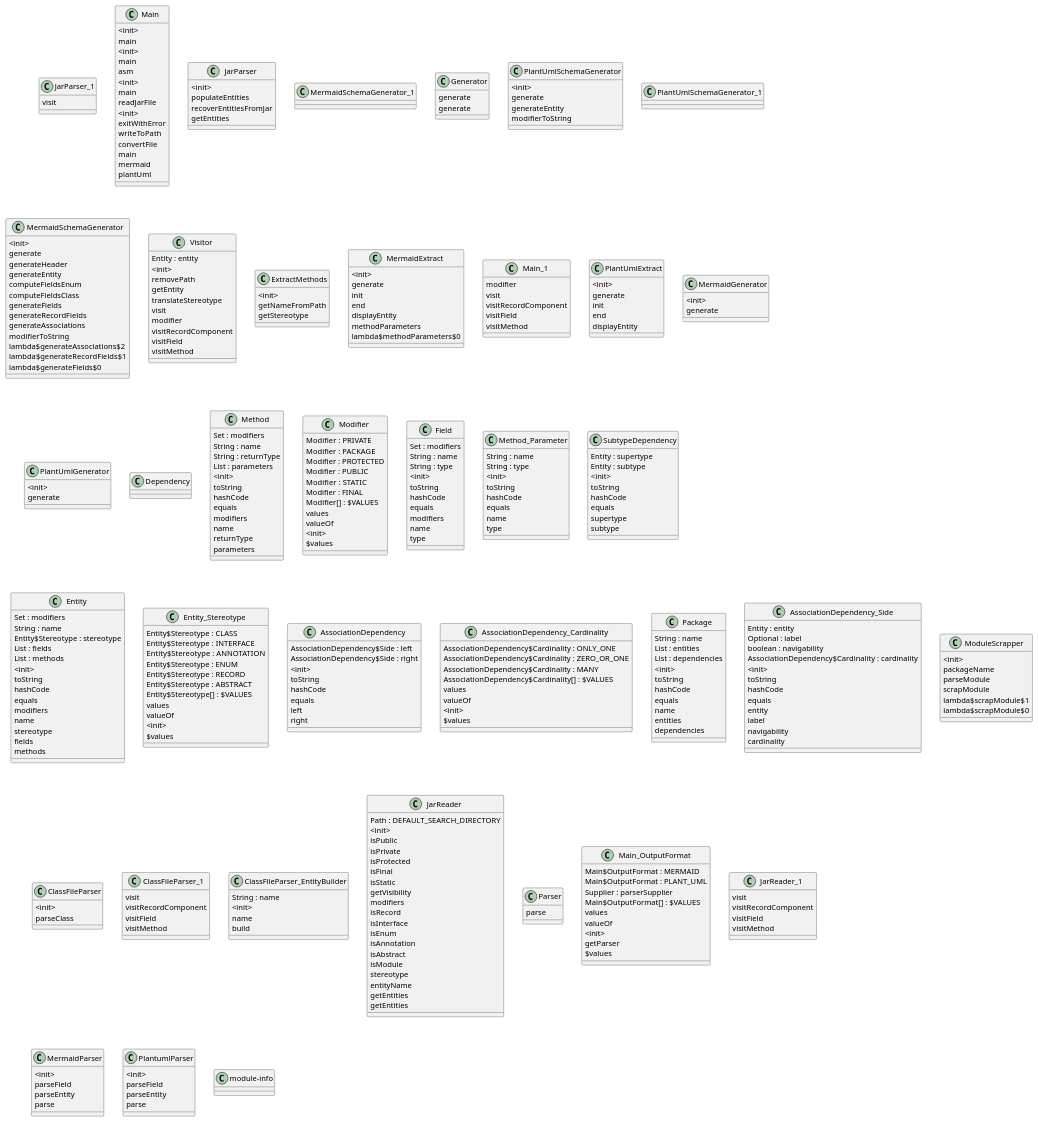
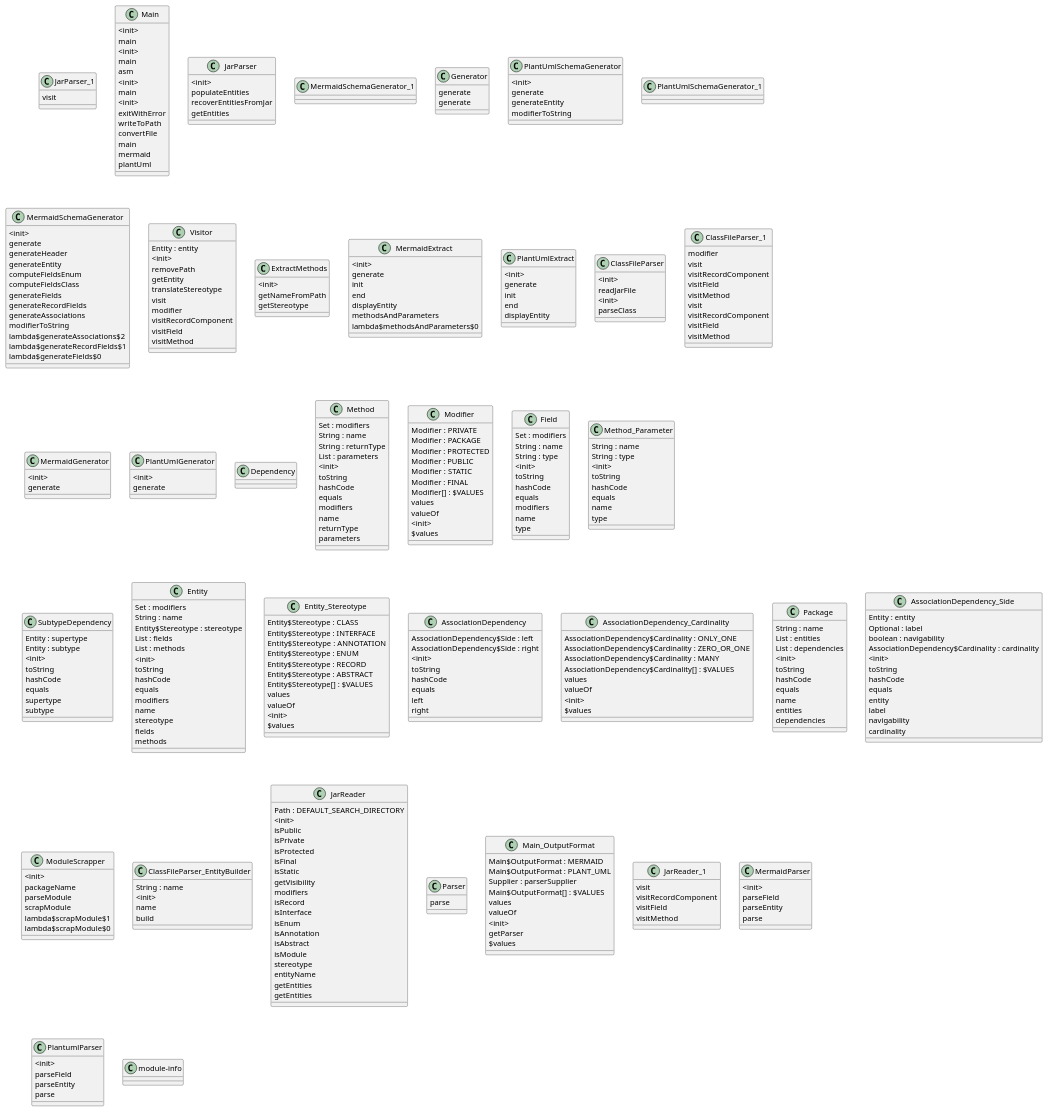
The diagram in src/main/java/com/github/veluvexiau/umldoc/core/plantExport.md (forax/umldoc), drawn with PlantUML before and after one commit. The commit also changed 3 other files, not shown here.

Commit message:
cleaned the project, changed Main class position and created a Parser

```diff
--- a/src/main/java/com/github/veluvexiau/umldoc/core/plantExport.md
+++ b/src/main/java/com/github/veluvexiau/umldoc/core/plantExport.md
@@ -72,7 +72,6 @@
 	class Main{
 		<init>
 		main
-		readJarFile
 	}
 
 	class ExtractMethods{
@@ -87,16 +86,8 @@
 		init
 		end
 		displayEntity
-		methodParameters
-		lambda$methodParameters$0
-	}
-
-	class Main_1{
-		modifier
-		visit
-		visitRecordComponent
-		visitField
-		visitMethod
+		methodsAndParameters
+		lambda$methodsAndParameters$0
 	}
 
 	class PlantUmlExtract{
@@ -105,6 +96,19 @@
 		init
 		end
 		displayEntity
+	}
+
+	class ClassFileParser{
+		<init>
+		readJarFile
+	}
+
+	class ClassFileParser_1{
+		modifier
+		visit
+		visitRecordComponent
+		visitField
+		visitMethod
 	}
 
 	class MermaidGenerator{
```
